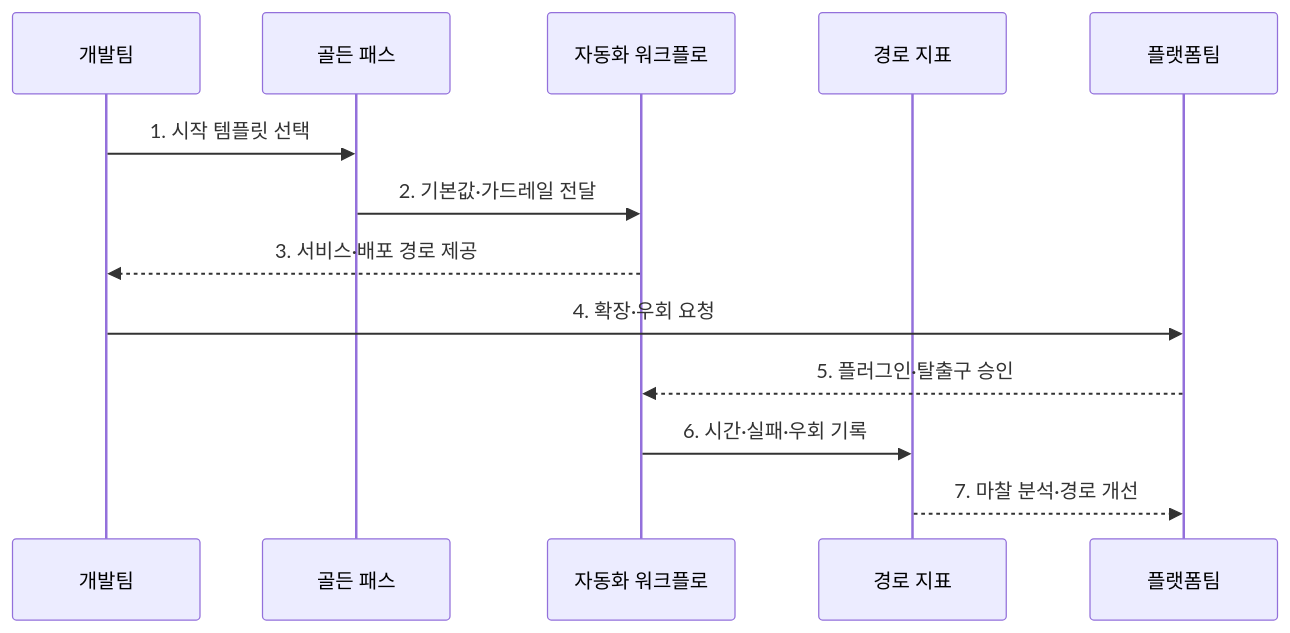
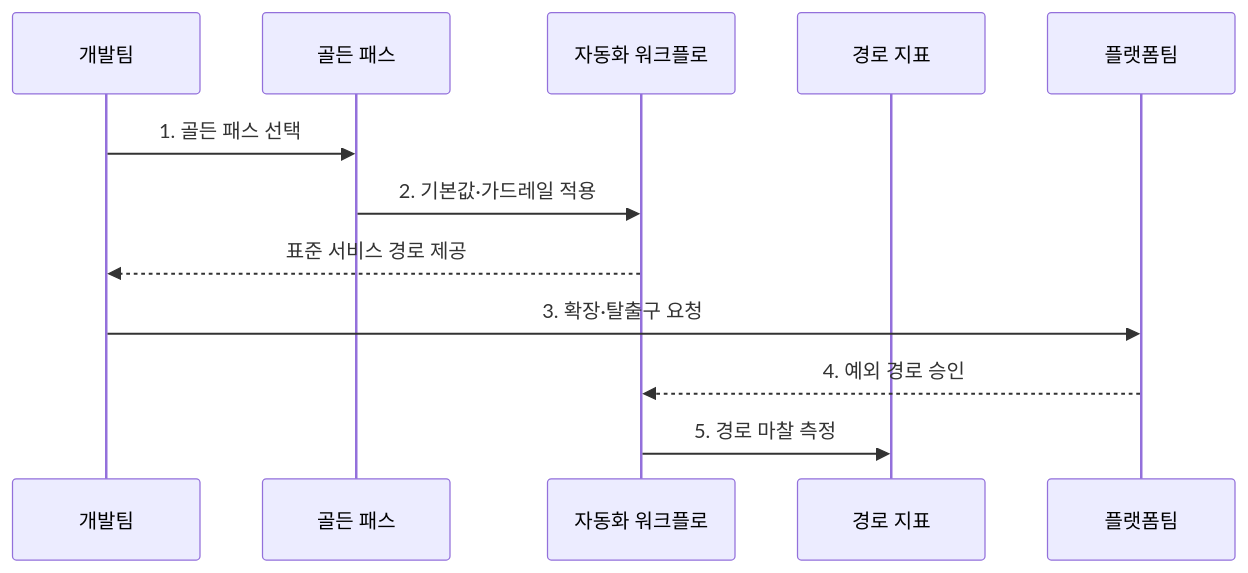
One commit to agnusdei1207/knowledge-base changed the second of 2 diagrams in src/content/docs/notes/03-software/083_internal_developer_platform_golden_path.md. Above: the diagram before and after it, drawn with Mermaid. The commit also changed other lines of this file and 238 other files, not shown here.

````diff
--- a/src/content/docs/notes/03-software/083_internal_developer_platform_golden_path.md
+++ b/src/content/docs/notes/03-software/083_internal_developer_platform_golden_path.md
@@ -79,15 +79,14 @@
 ```mermaid
 sequenceDiagram
     participant D as 개발팀
     participant P as 골든 패스
     participant W as 자동화 워크플로
     participant M as 경로 지표
     participant A as 플랫폼팀
-    D->>P: 1. 시작 템플릿 선택
-    P->>W: 2. 기본값·가드레일 전달
-    W-->>D: 3. 서비스·배포 경로 제공
-    D->>A: 4. 확장·우회 요청
-    A-->>W: 5. 플러그인·탈출구 승인
-    W->>M: 6. 시간·실패·우회 기록
-    M-->>A: 7. 마찰 분석·경로 개선
+    D->>P: 1. 골든 패스 선택
+    P->>W: 2. 기본값·가드레일 적용
+    W-->>D: 표준 서비스 경로 제공
+    D->>A: 3. 확장·탈출구 요청
+    A-->>W: 4. 예외 경로 승인
+    W->>M: 5. 경로 마찰 측정
 ```
````
